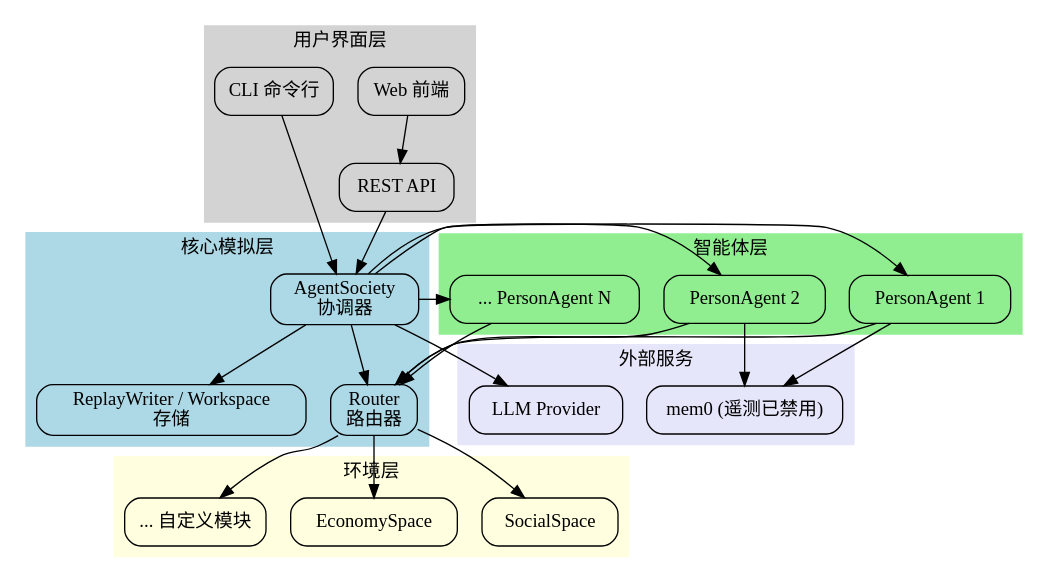
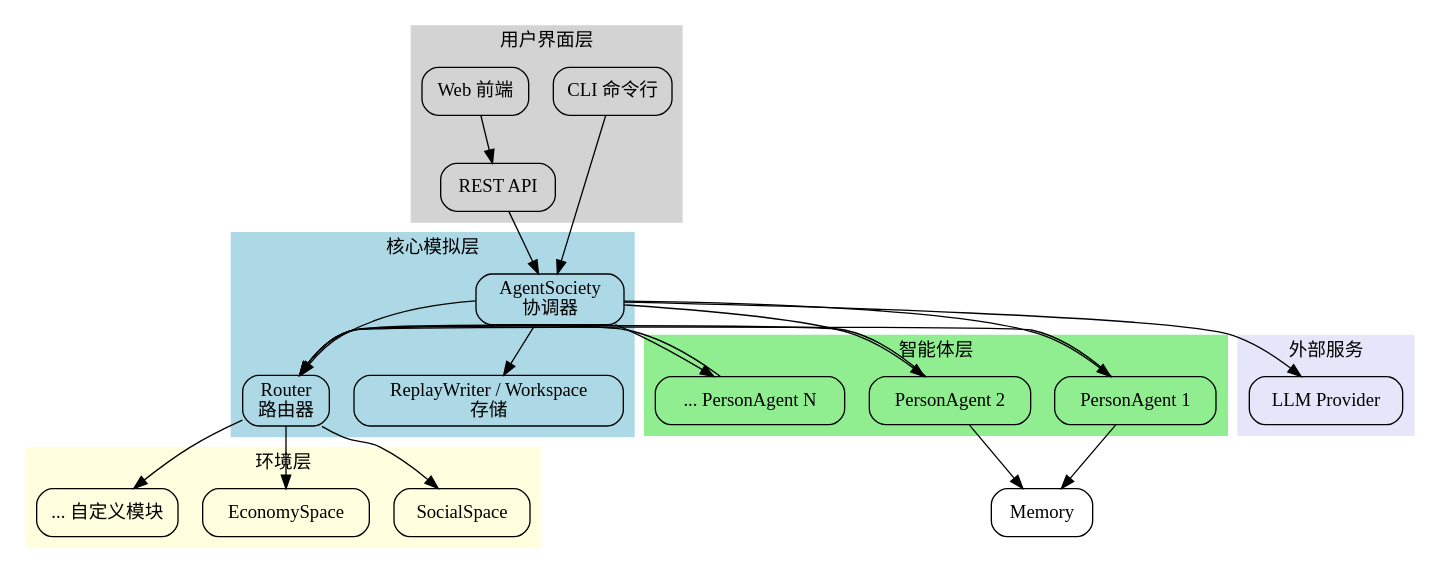
The second of 4 diagrams in packages/agentsociety2/docs/concepts.rst (jadraketx/AgentSociety), drawn with Graphviz before and after one commit. The commit also changed 26 other files, not shown here.

```diff
--- a/packages/agentsociety2/docs/concepts.rst
+++ b/packages/agentsociety2/docs/concepts.rst
@@ -34,73 +34,72 @@
 .. graphviz::
 
    digraph full_architecture {
        rankdir=TB;
        node [shape=box, style=rounded];
        edge [fontsize=10];
 
        subgraph cluster_ui {
            label = "用户界面层";
            style=filled;
            color=lightgrey;
            CLI [label="CLI 命令行"];
            WebUI [label="Web 前端"];
            API [label="REST API"];
        }
 
        subgraph cluster_core {
            label = "核心模拟层";
            style=filled;
            color=lightblue;
            Society [label="AgentSociety\n协调器"];
            Router [label="Router\n路由器"];
            Storage [label="ReplayWriter / Workspace\n存储"];
        }
 
        subgraph cluster_agents {
            label = "智能体层";
            style=filled;
            color=lightgreen;
            Agent1 [label="PersonAgent 1"];
            Agent2 [label="PersonAgent 2"];
            AgentN [label="... PersonAgent N"];
        }
 
        subgraph cluster_env {
            label = "环境层";
            style=filled;
            color=lightyellow;
            Env1 [label="SocialSpace"];
            Env2 [label="EconomySpace"];
            EnvN [label="... 自定义模块"];
        }
 
        subgraph cluster_external {
            label = "外部服务";
            style=filled;
            color=lavender;
            LLM [label="LLM Provider"];
-           Memory [label="mem0 (遥测已禁用)"];
        }
 
        CLI -> Society;
        WebUI -> API;
        API -> Society;
 
        Society -> Router;
        Society -> Storage;
        Society -> Agent1;
        Society -> Agent2;
        Society -> AgentN;
 
        Router -> Env1;
        Router -> Env2;
        Router -> EnvN;
 
        Agent1 -> Router;
        Agent2 -> Router;
        AgentN -> Router;
 
        Society -> LLM;
        Agent1 -> Memory;
        Agent2 -> Memory;
    }
```
